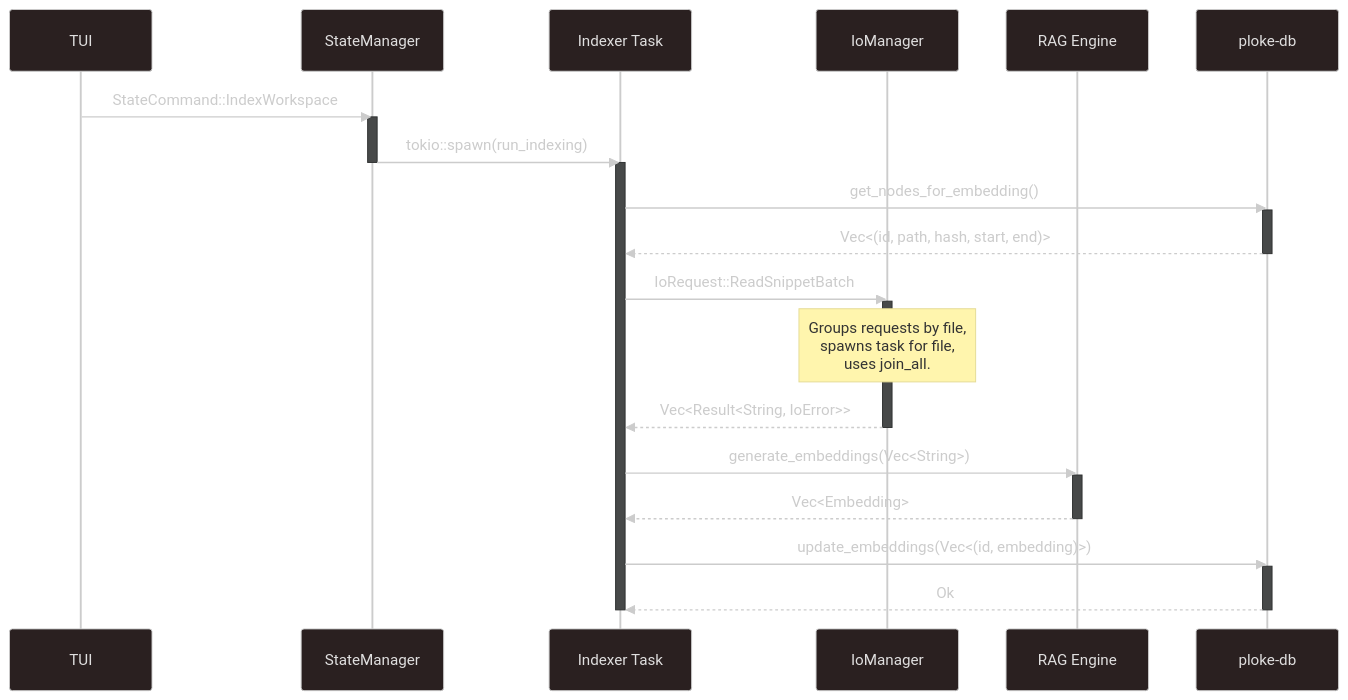
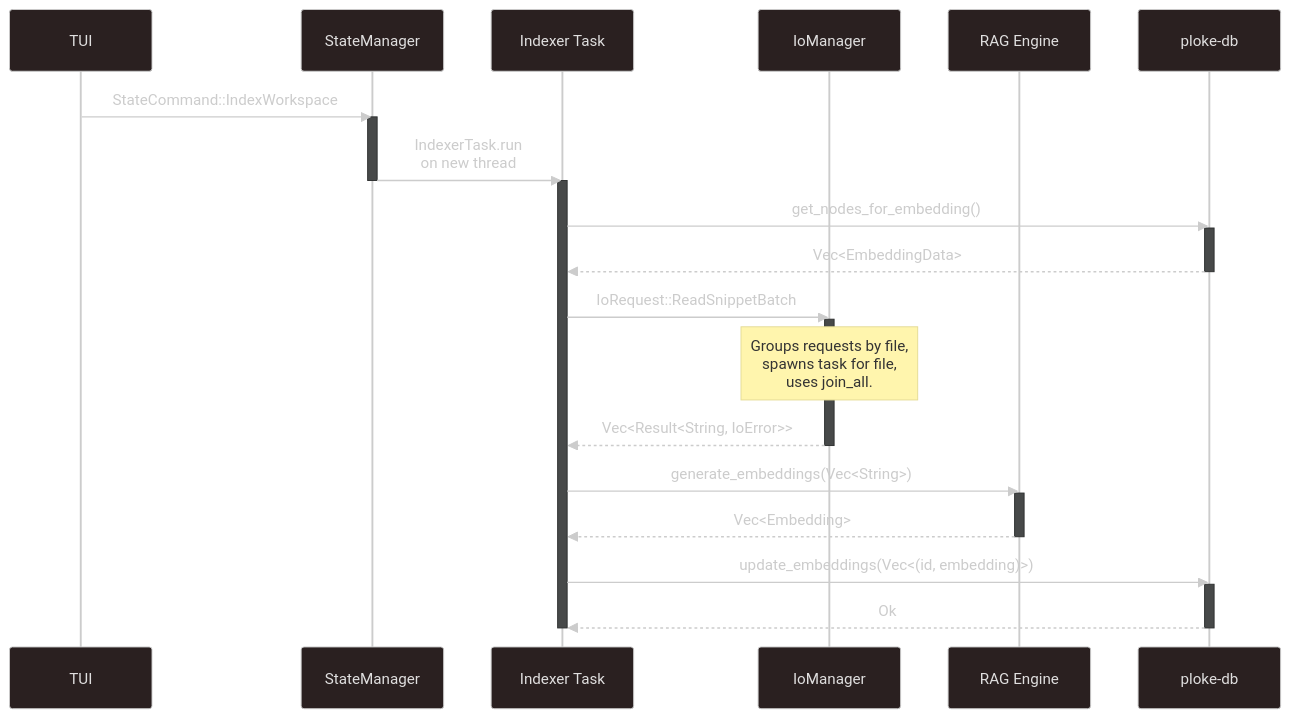
The diagram in crates/ploke-tui/docs/indexer_task.md (josephleblanc/ploke), drawn with Mermaid before and after one commit. The commit also changed other lines of this file and 31 other files, not shown here.

````diff
--- a/crates/ploke-tui/docs/indexer_task.md
+++ b/crates/ploke-tui/docs/indexer_task.md
@@ -48,42 +43,42 @@
 ```mermaid
 ---
 config:
   layout: dracula
   theme: neo-dark
 ---
 sequenceDiagram
     participant TUI
     participant StateManager
     participant IndexerTask as Indexer Task
     participant IoManager as IoManager
     participant RagEngine as RAG Engine
     participant PlokeDb as ploke-db
 
     TUI->>StateManager: StateCommand::IndexWorkspace
      activate StateManager
-     StateManager->>IndexerTask: tokio::spawn(run_indexing)
+     StateManager->>IndexerTask: IndexerTask.run<br>on new thread
      deactivate StateManager
      activate IndexerTask
 
      IndexerTask->>PlokeDb: get_nodes_for_embedding()
      activate PlokeDb
-     PlokeDb-->>IndexerTask: Vec<(id, path, hash, start, end)>
+     PlokeDb-->>IndexerTask: Vec<EmbeddingData>
      deactivate PlokeDb
 
      IndexerTask->>IoManager: IoRequest::ReadSnippetBatch
      activate IoManager
      Note over IoManager: Groups requests by file,<br>spawns task for file,<br>uses join_all.
      IoManager-->>IndexerTask: Vec<Result<String, IoError>>
      deactivate IoManager
 
      IndexerTask->>RagEngine: generate_embeddings(Vec<String>)
      activate RagEngine
      RagEngine-->>IndexerTask: Vec<Embedding>
      deactivate RagEngine
 
      IndexerTask->>PlokeDb: update_embeddings(Vec<(id, embedding)>)
      activate PlokeDb
      PlokeDb-->>IndexerTask: Ok
      deactivate PlokeDb
      deactivate IndexerTask
 ```
````
